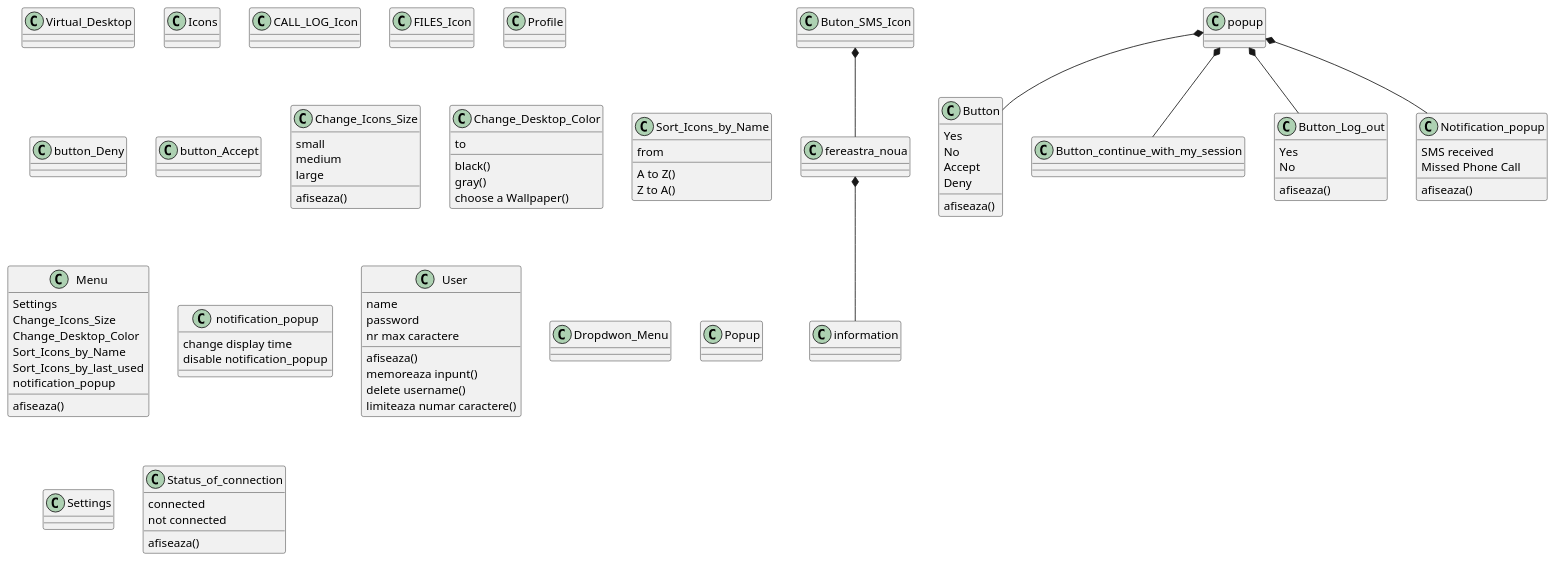
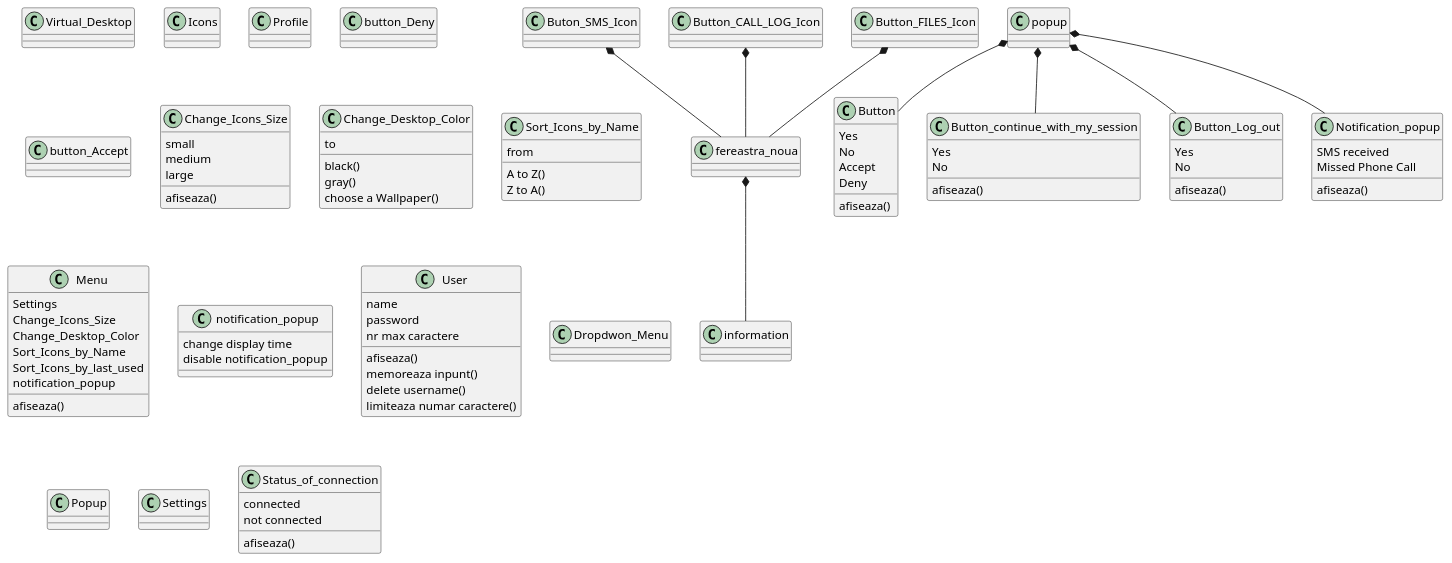
One commit to ofrasia/Remote_Phone_App_1 changed the diagram in Class Diagram.puml. Above: the diagram before and after it, drawn with PlantUML.

Commit message:
Class Diagram update

```diff
--- a/Class Diagram.puml
+++ b/Class Diagram.puml
@@ -1,104 +1,111 @@
 @startuml
 class Virtual_Desktop {
 }
 class Icons {
 }
 class Buton_SMS_Icon {
 }
-class CALL_LOG_Icon {
+class Button_CALL_LOG_Icon {
 }
-class FILES_Icon {
+class Button_FILES_Icon {
 }
 class Profile {
 }
 class button_Deny {
 }
 class button_Accept
 popup *-- Button
 popup *-- Button_continue_with_my_session
 popup *-- Button_Log_out
 popup *-- Notification_popup
 
 class Button_Log_out {
+afiseaza()
+Yes
+No
+}
+class Button_continue_with_my_session {
 afiseaza()
 Yes
 No
 }
 
 class Change_Icons_Size {
 small
 medium
 large
 afiseaza()
 }
 
 class Change_Desktop_Color {
 to
 black()
 gray()
 choose a Wallpaper()
 }
 
 class Sort_Icons_by_Name {
 from
 A to Z()
 Z to A()
 }
 
 class Menu{
 Settings
 afiseaza()
 Change_Icons_Size
 Change_Desktop_Color
 Sort_Icons_by_Name
 Sort_Icons_by_last_used
 notification_popup
 }
 
 
 class notification_popup {
 change display time
 disable notification_popup
 }
 
 class User {
 name
 password
 nr max caractere
 afiseaza()
 memoreaza inpunt()
 delete username()
 limiteaza numar caractere()
 }
 class Dropdwon_Menu {
 }
 class Popup {
 
 }
 class Settings {
 }
 class Status_of_connection {
 connected
 not connected
 afiseaza()
 }
 class fereastra_noua {
 }
 class Button {
 Yes
 No
 Accept
 Deny
 afiseaza()
 }
 
 class Notification_popup {
 SMS received
 Missed Phone Call
 afiseaza()
 }
 class information
 fereastra_noua *-- information
 Buton_SMS_Icon *-- fereastra_noua
+Button_CALL_LOG_Icon *-- fereastra_noua
+Button_FILES_Icon *-- fereastra_noua
 
 @enduml
```
